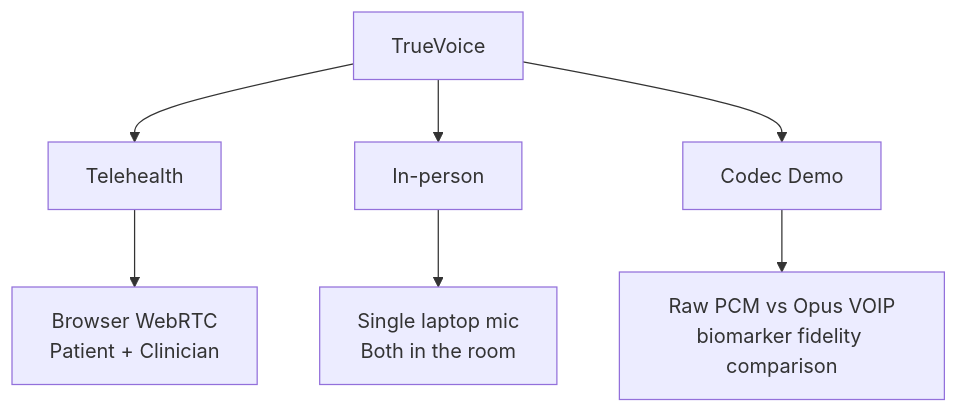
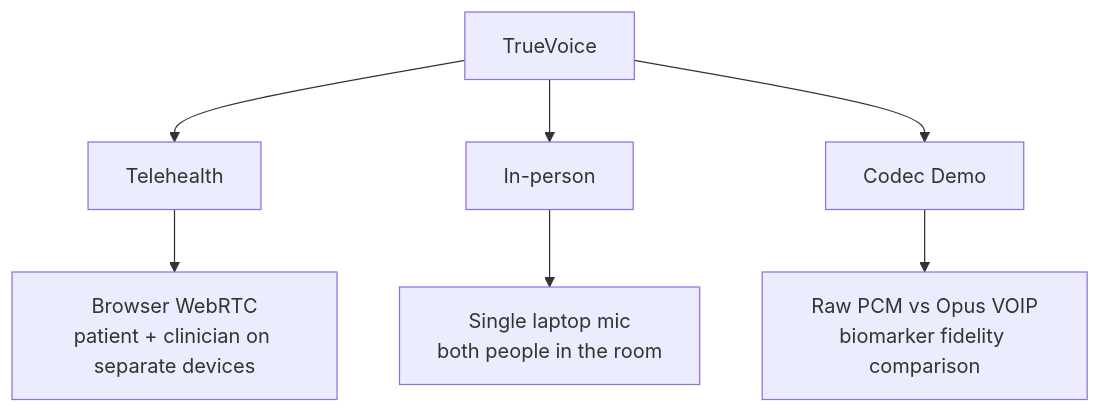
The second of 2 diagrams in README.md (IndigoLuksch/TrueVoice-Voice-AI-Hack), drawn with Mermaid before and after one commit. The commit also changed other lines of this file, not shown here.

````diff
--- a/README.md
+++ b/README.md
@@ -61,10 +80,10 @@
 ```mermaid
 graph TD
     A[TrueVoice] --> B[Telehealth]
     A --> C[In-person]
     A --> D[Codec Demo]
 
-    B --> B1["Browser WebRTC\nPatient + Clinician"]
-    C --> C1["Single laptop mic\nBoth in the room"]
+    B --> B1["Browser WebRTC\npatient + clinician on separate devices"]
+    C --> C1["Single laptop mic\nboth people in the room"]
     D --> D1["Raw PCM vs Opus VOIP\nbiomarker fidelity comparison"]
 ```
````
